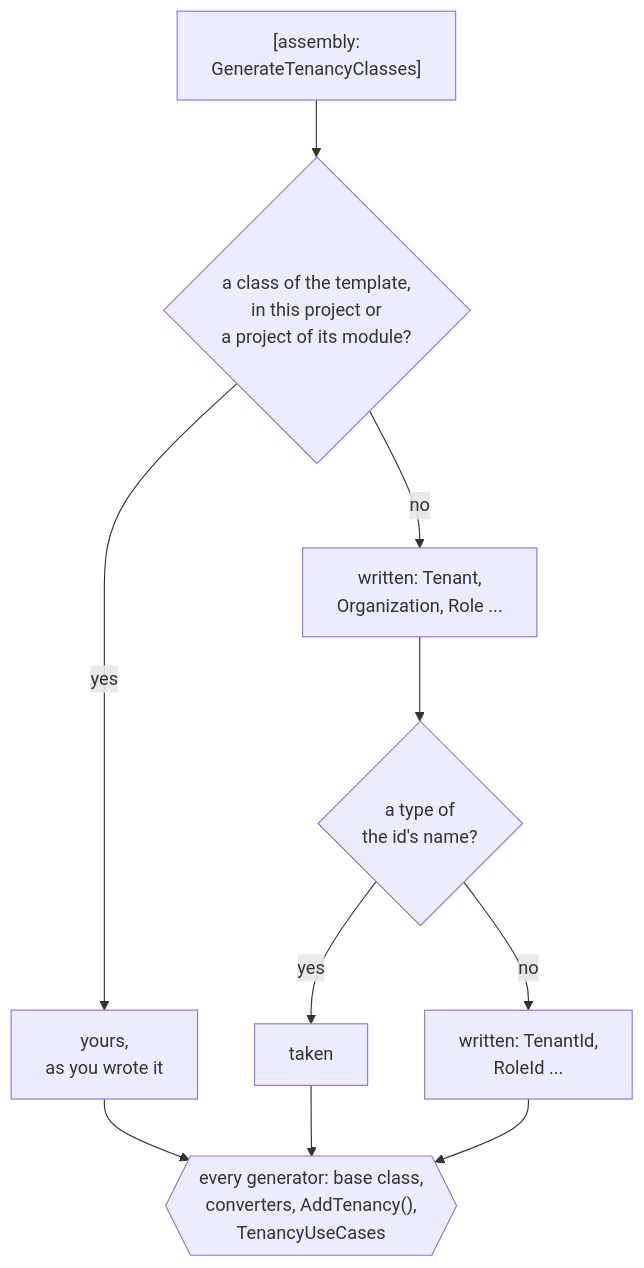
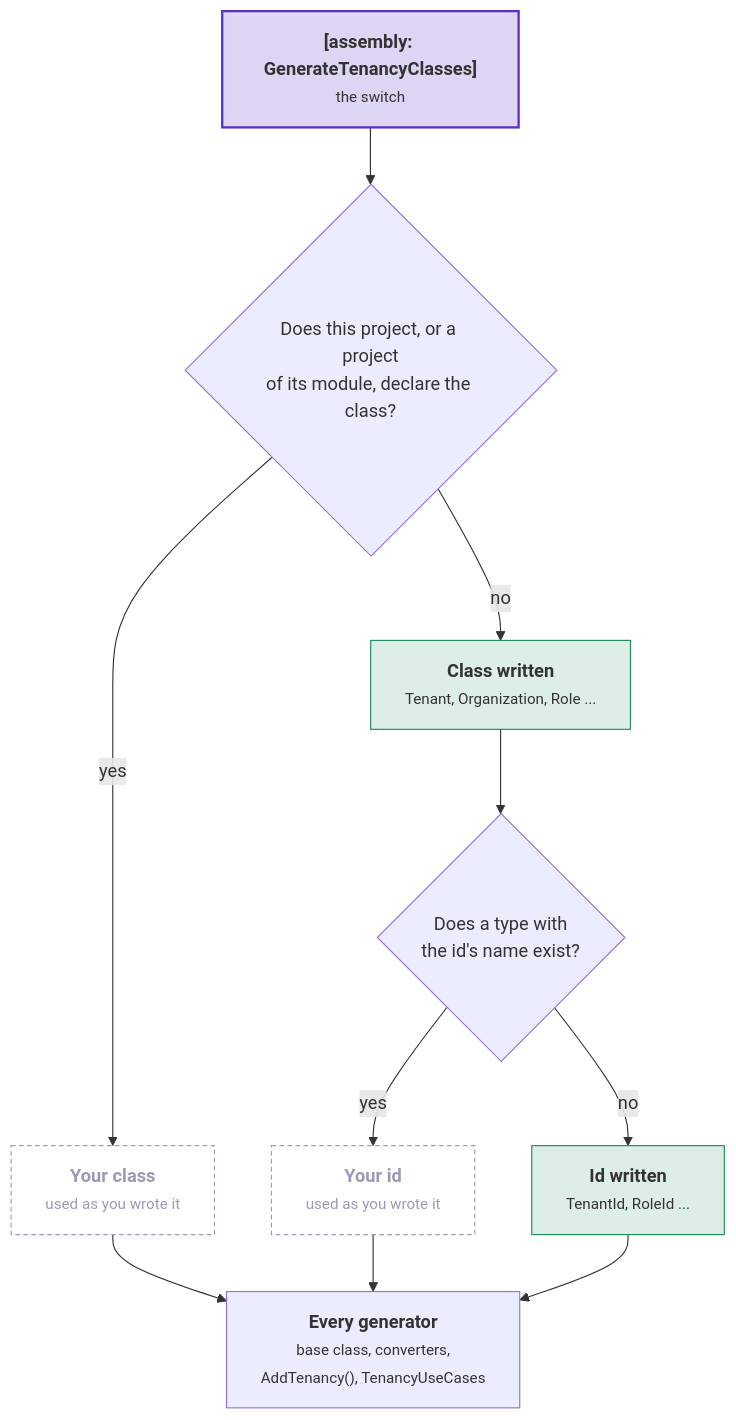
Before and after one commit to DylanSnel/DDDToolkit: the first of 2 diagrams in docs/tenancy/your-module.md, drawn with Mermaid. The commit also changed other lines of this file and 24 other files, not shown here.

First line of the commit message:
Docs: plain prose and readable diagrams for Tenancy and Membership

````diff
--- a/docs/tenancy/your-module.md
+++ b/docs/tenancy/your-module.md
@@ -88,10 +94,26 @@
 ```mermaid
 flowchart TB
-    Switch["[assembly:<br/>GenerateTenancyClasses]"] --> Class{"a class of the template,<br/>in this project or<br/>a project of its module?"}
-    Class -- "yes" --> Yours["yours,<br/>as you wrote it"]
-    Class -- "no" --> Written["written: Tenant,<br/>Organization, Role ..."]
-    Written --> Id{"a type of<br/>the id's name?"}
-    Id -- "yes" --> Taken["taken"]
-    Id -- "no" --> WrittenId["written: TenantId,<br/>RoleId ..."]
-    Yours & Taken & WrittenId --> Generators{{"every generator: base class,<br/>converters, AddTenancy(),<br/>TenancyUseCases"}}
+    theSwitch["<b>[assembly: GenerateTenancyClasses]</b><br/><small>the switch</small>"]
+    classQ{"Does this project, or a project<br/>of its module, declare the class?"}
+    yours["<b>Your class</b><br/><small>used as you wrote it</small>"]
+    written["<b>Class written</b><br/><small>Tenant, Organization, Role ...</small>"]
+    idQ{"Does a type with<br/>the id's name exist?"}
+    taken["<b>Your id</b><br/><small>used as you wrote it</small>"]
+    writtenId["<b>Id written</b><br/><small>TenantId, RoleId ...</small>"]
+    generators["<b>Every generator</b><br/><small>base class, converters,<br/>AddTenancy(), TenancyUseCases</small>"]
+    theSwitch --> classQ
+    classQ -- "yes" --> yours
+    classQ -- "no" --> written
+    written --> idQ
+    idQ -- "yes" --> taken
+    idQ -- "no" --> writtenId
+    yours --> generators
+    taken --> generators
+    writtenId --> generators
+    classDef strong fill:#5b2ec933,stroke:#5b2ec9,stroke-width:2px
+    classDef good fill:#1f8a5b26,stroke:#1f8a5b
+    classDef muted fill:none,stroke:#9a9ab5,stroke-dasharray:4 3,color:#9a9ab5
+    class theSwitch strong
+    class written,writtenId good
+    class yours,taken muted
 ```
````
